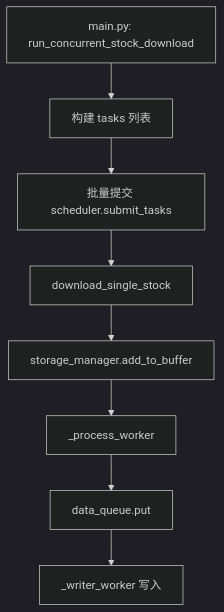
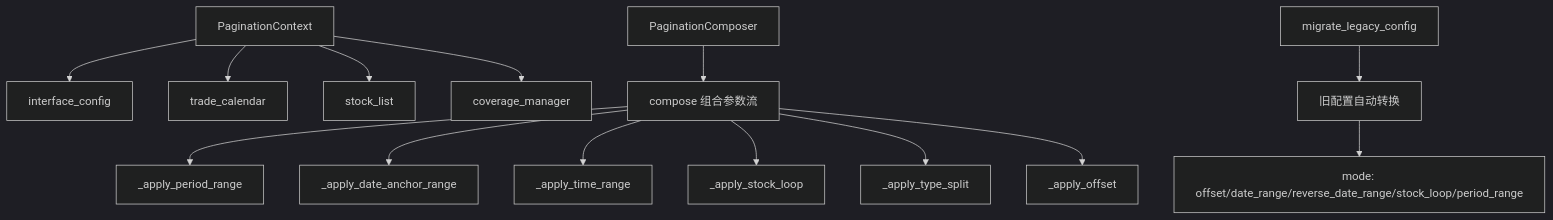
Before and after one commit to k2o333/quantaalpha: the sixth of 17 diagrams in p/main_to_interface_flow.md, drawn with Mermaid (dark theme). The commit also changed other lines of this file and 1 other file, not shown here.

````diff
--- a/p/main_to_interface_flow.md
+++ b/p/main_to_interface_flow.md
@@ -143,10 +229,18 @@
 ```mermaid
 graph TD
-    A[main.py: run_concurrent_stock_download] --> B[构建 tasks 列表]
-    B --> C[批量提交 scheduler.submit_tasks]
-    C --> D[download_single_stock]
-    D --> E[storage_manager.add_to_buffer]
-    E --> F[_process_worker]
-    F --> G[data_queue.put]
-    G --> H[_writer_worker 写入]
+    A[PaginationContext] --> B[interface_config]
+    A --> C[trade_calendar]
+    A --> D[stock_list]
+    A --> E[coverage_manager]
+    
+    F[PaginationComposer] --> G[compose 组合参数流]
+    G --> H[_apply_period_range]
+    G --> I[_apply_date_anchor_range]
+    G --> J[_apply_time_range]
+    G --> K[_apply_stock_loop]
+    G --> L[_apply_type_split]
+    G --> M[_apply_offset]
+    
+    N[migrate_legacy_config] --> O[旧配置自动转换]
+    O --> P[mode: offset/date_range/reverse_date_range/stock_loop/period_range]
 ```
````
